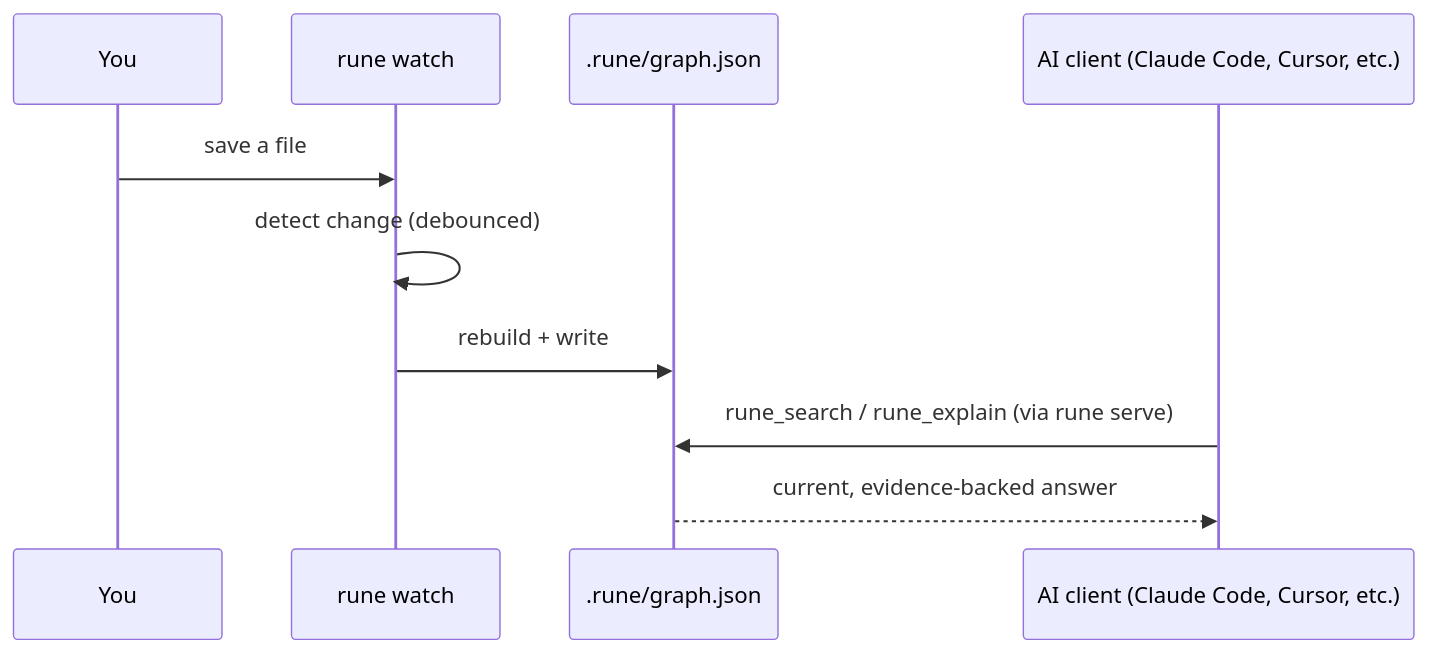
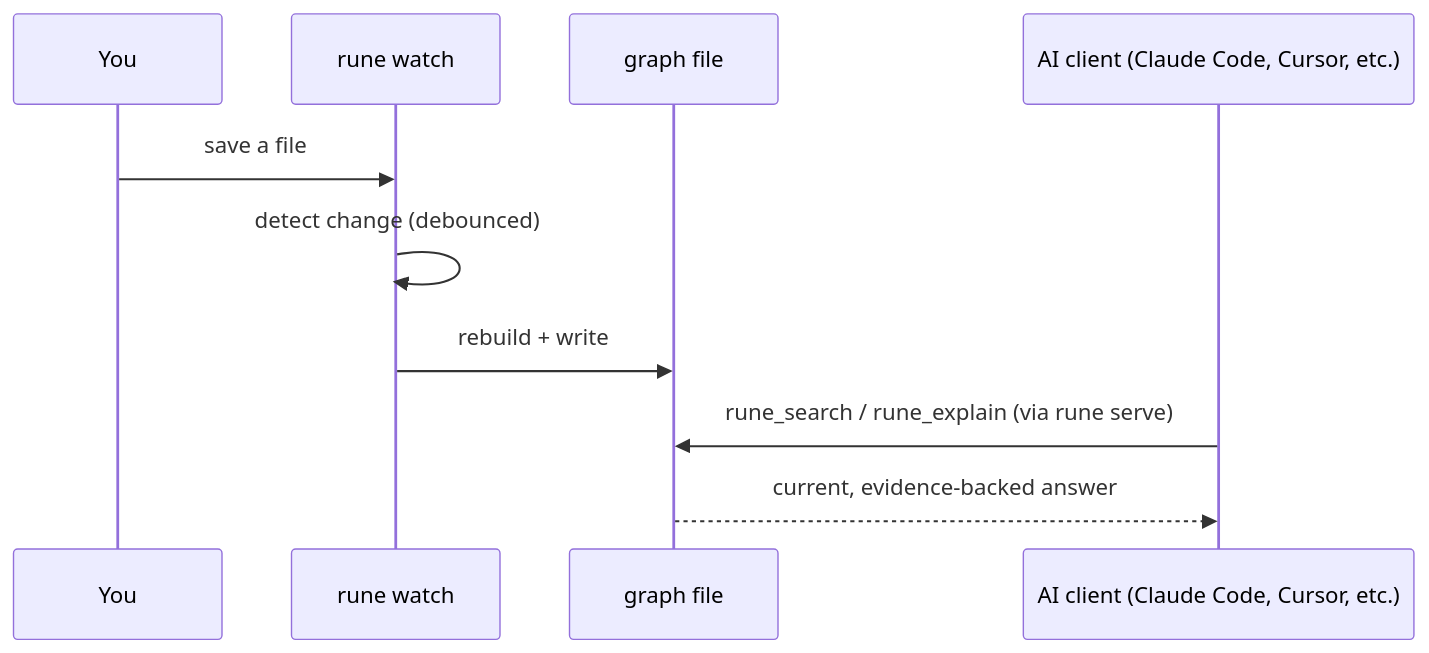
The fourth of 4 diagrams in README.md (thecolourfoundation/rune), drawn with Mermaid before and after one commit. The commit also changed other lines of this file, not shown here.

First line of the commit message:
fix: diagram 1 still failed to render after the first fix attempt

````diff
--- a/README.md
+++ b/README.md
@@ -76,13 +80,13 @@
 ```mermaid
 sequenceDiagram
     participant Dev as You
     participant Watch as rune watch
-    participant Graph as .rune/graph.json
+    participant Graph as graph file
     participant AI as AI client (Claude Code, Cursor, etc.)
 
     Dev->>Watch: save a file
     Watch->>Watch: detect change (debounced)
     Watch->>Graph: rebuild + write
     AI->>Graph: rune_search / rune_explain (via rune serve)
     Graph-->>AI: current, evidence-backed answer
 ```
````
